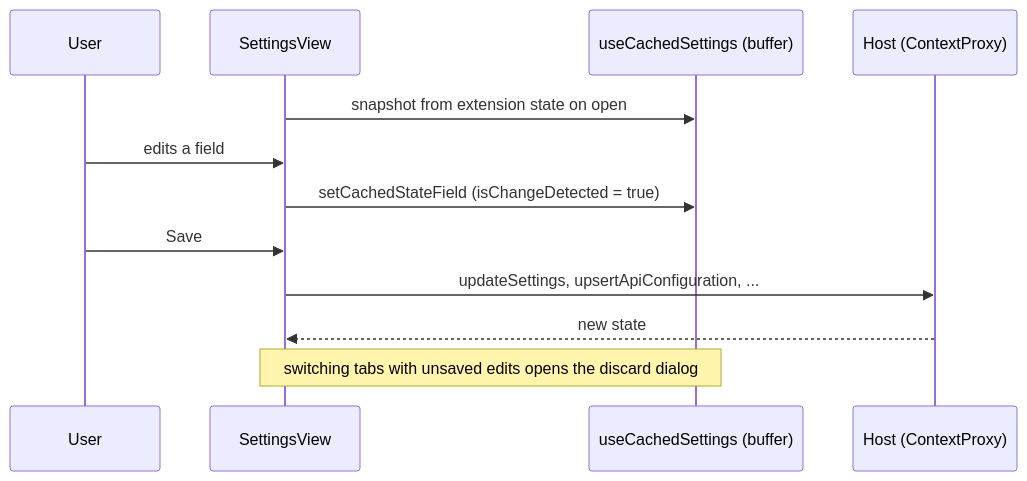
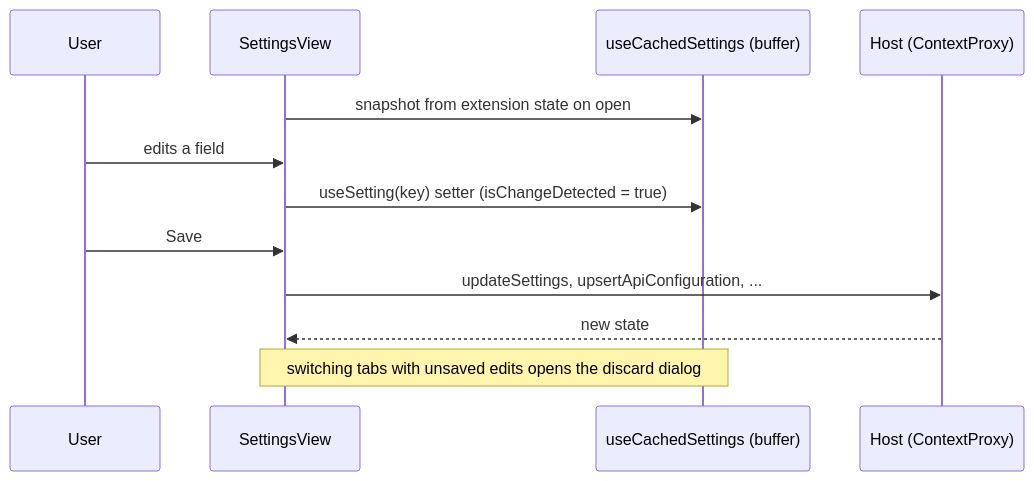
One commit to krzychdre/Tumble-Code changed the fourth of 4 diagrams in docs/05-webview-ui.md. Above: the diagram before and after it, drawn with Mermaid. The commit also changed other lines of this file and 38 other files, not shown here.

````diff
--- a/docs/05-webview-ui.md
+++ b/docs/05-webview-ui.md
@@ -75,15 +75,15 @@
 ```mermaid
 sequenceDiagram
   participant U as User
   participant SV as SettingsView
   participant B as useCachedSettings (buffer)
   participant H as Host (ContextProxy)
 
   SV->>B: snapshot from extension state on open
   U->>SV: edits a field
-  SV->>B: setCachedStateField (isChangeDetected = true)
+  SV->>B: useSetting(key) setter (isChangeDetected = true)
   U->>SV: Save
   SV->>H: updateSettings, upsertApiConfiguration, ...
   H-->>SV: new state
   Note over SV,B: switching tabs with unsaved edits opens the discard dialog
 ```
````
